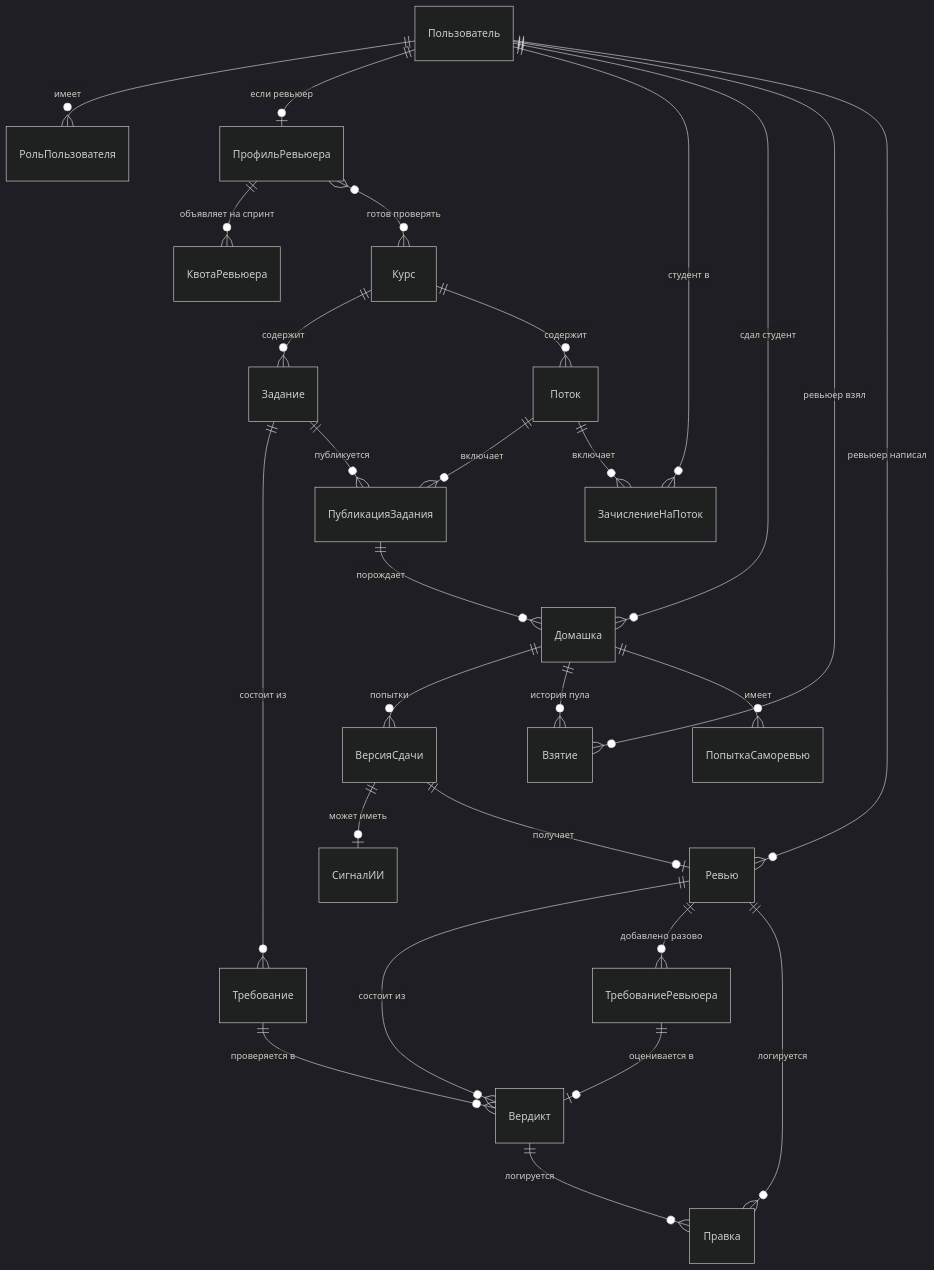
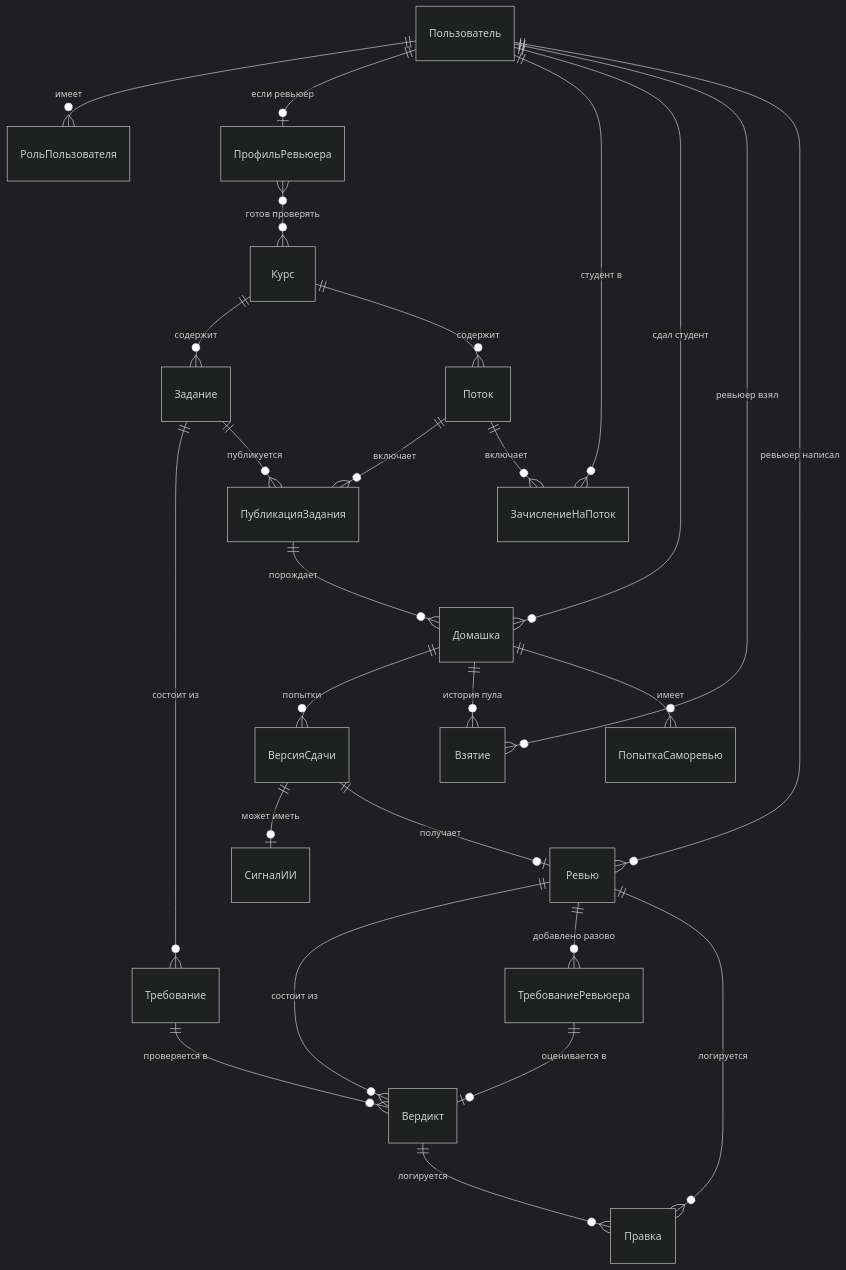
Before and after one commit to matvej-melikhov/avito-aith-hackaton: the diagram in docs/platform-screens/entities-and-screens.md, drawn with Mermaid (dark theme). The commit also changed other lines of this file and 2 other files, not shown here.

````diff
--- a/docs/platform-screens/entities-and-screens.md
+++ b/docs/platform-screens/entities-and-screens.md
@@ -39,29 +38,28 @@
 ```mermaid
 erDiagram
     Пользователь ||--o{ РольПользователя : имеет
     Пользователь ||--o| ПрофильРевьюера : "если ревьюер"
-    ПрофильРевьюера ||--o{ КвотаРевьюера : "объявляет на спринт"
     ПрофильРевьюера }o--o{ Курс : "готов проверять"
     Курс ||--o{ Задание : содержит
     Курс ||--o{ Поток : содержит
     Задание ||--o{ Требование : "состоит из"
     Задание ||--o{ ПубликацияЗадания : публикуется
     Поток ||--o{ ПубликацияЗадания : включает
     Поток ||--o{ ЗачислениеНаПоток : включает
     Пользователь ||--o{ ЗачислениеНаПоток : "студент в"
     ПубликацияЗадания ||--o{ Домашка : порождает
     Пользователь ||--o{ Домашка : "сдал студент"
     Домашка ||--o{ ВерсияСдачи : "попытки"
     Домашка ||--o{ Взятие : "история пула"
     Пользователь ||--o{ Взятие : "ревьюер взял"
     Домашка ||--o{ ПопыткаСаморевью : имеет
     ВерсияСдачи ||--o| СигналИИ : "может иметь"
     ВерсияСдачи ||--o| Ревью : получает
     Пользователь ||--o{ Ревью : "ревьюер написал"
     Ревью ||--o{ Вердикт : "состоит из"
     Ревью ||--o{ ТребованиеРевьюера : "добавлено разово"
     Требование ||--o{ Вердикт : "проверяется в"
     ТребованиеРевьюера ||--o| Вердикт : "оценивается в"
     Ревью ||--o{ Правка : логируется
     Вердикт ||--o{ Правка : логируется
 ```
````
